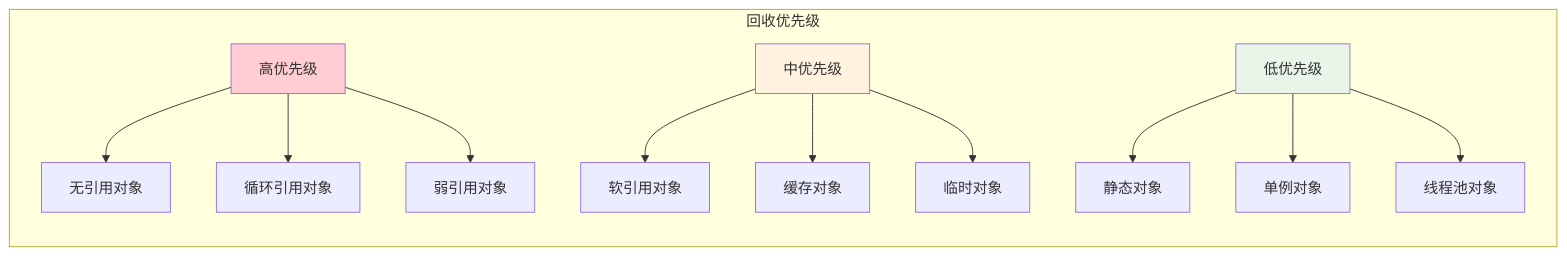
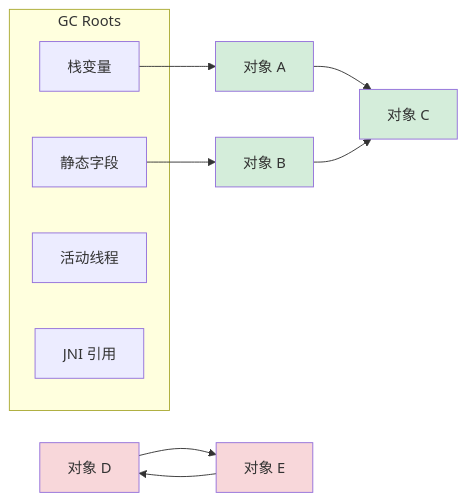
The second of 9 diagrams in 00.通用技术的提升/02.程序编程原理/04.第4卷-内存的真相/33.内存回收机制设计.md (chongyang211/YCBookBlog), drawn with Mermaid before and after one commit. The commit also changed other lines of this file and 1 other file, not shown here.

````diff
--- a/00.通用技术的提升/02.程序编程原理/04.第4卷-内存的真相/33.内存回收机制设计.md
+++ b/00.通用技术的提升/02.程序编程原理/04.第4卷-内存的真相/33.内存回收机制设计.md
@@ -318,20 +365,25 @@
 ```mermaid
-graph LR
-    subgraph "回收优先级"
-        A[高优先级] --> A1[无引用对象]
-        A --> A2[循环引用对象]
-        A --> A3[弱引用对象]
-        
-        B[中优先级] --> B1[软引用对象]
-        B --> B2[缓存对象]
-        B --> B3[临时对象]
-        
-        C[低优先级] --> C1[静态对象]
-        C --> C2[单例对象]
-        C --> C3[线程池对象]
+flowchart LR
+    subgraph GCRoots[GC Roots]
+        R1[栈变量]
+        R2[静态字段]
+        R3[活动线程]
+        R4[JNI 引用]
     end
     
-    style A fill:#ffcdd2
-    style B fill:#fff3e0
-    style C fill:#e8f5e8
+    R1 --> O1[对象 A]
+    R2 --> O2[对象 B]
+    O1 --> O3[对象 C]
+    O2 --> O3
+    
+    O4[对象 D]
+    O5[对象 E]
+    O4 --> O5
+    O5 --> O4
+    
+    style O1 fill:#d4edda
+    style O2 fill:#d4edda
+    style O3 fill:#d4edda
+    style O4 fill:#f8d7da
+    style O5 fill:#f8d7da
 ```
````
